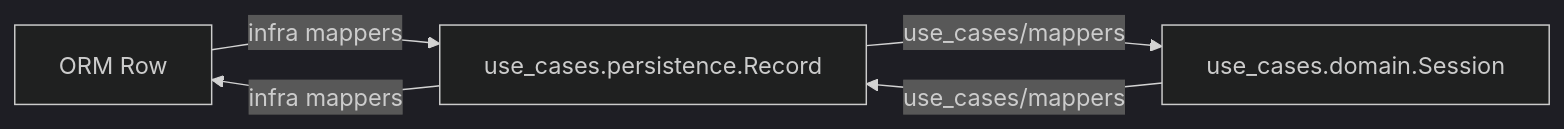
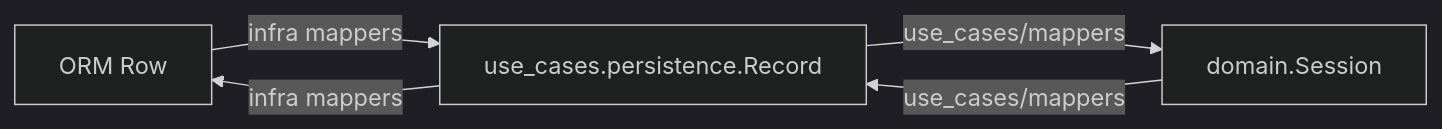
Before and after one commit to RomFuture/telegram-uploader: the third of 4 diagrams in docs/ONION_ARCHITECTURE.md, drawn with Mermaid (dark theme). The commit also changed other lines of this file and 75 other files, not shown here.

````diff
--- a/docs/ONION_ARCHITECTURE.md
+++ b/docs/ONION_ARCHITECTURE.md
@@ -381,7 +379,7 @@
 ```mermaid
 flowchart LR
   ORM[ORM Row] -->|"infra mappers"| Record[use_cases.persistence.Record]
-  Record -->|"use_cases/mappers"| Entity[use_cases.domain.Session]
+  Record -->|"use_cases/mappers"| Entity[domain.Session]
   Entity -->|"use_cases/mappers"| Record
   Record -->|"infra mappers"| ORM
 ```
````
